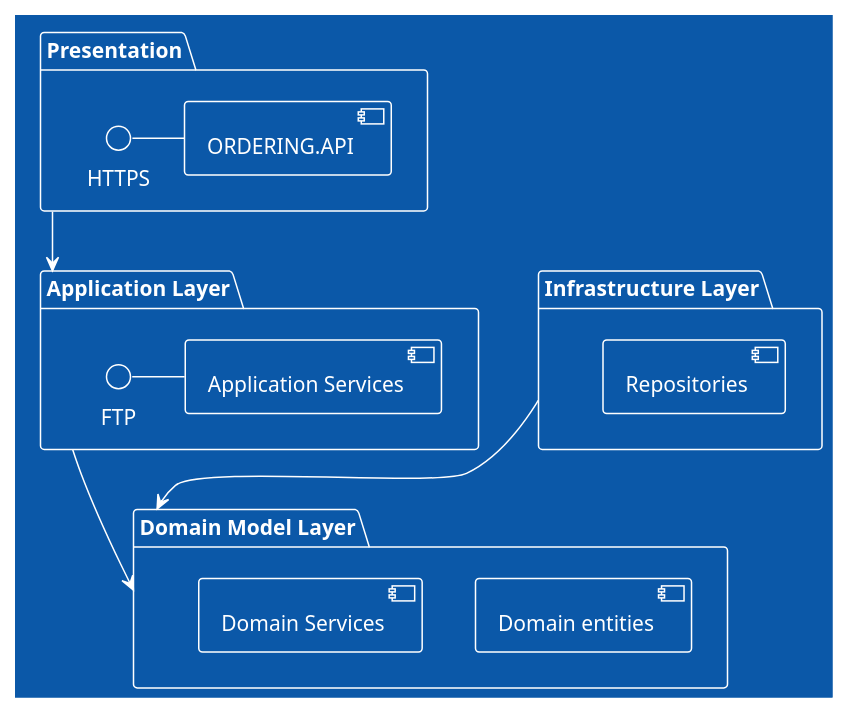
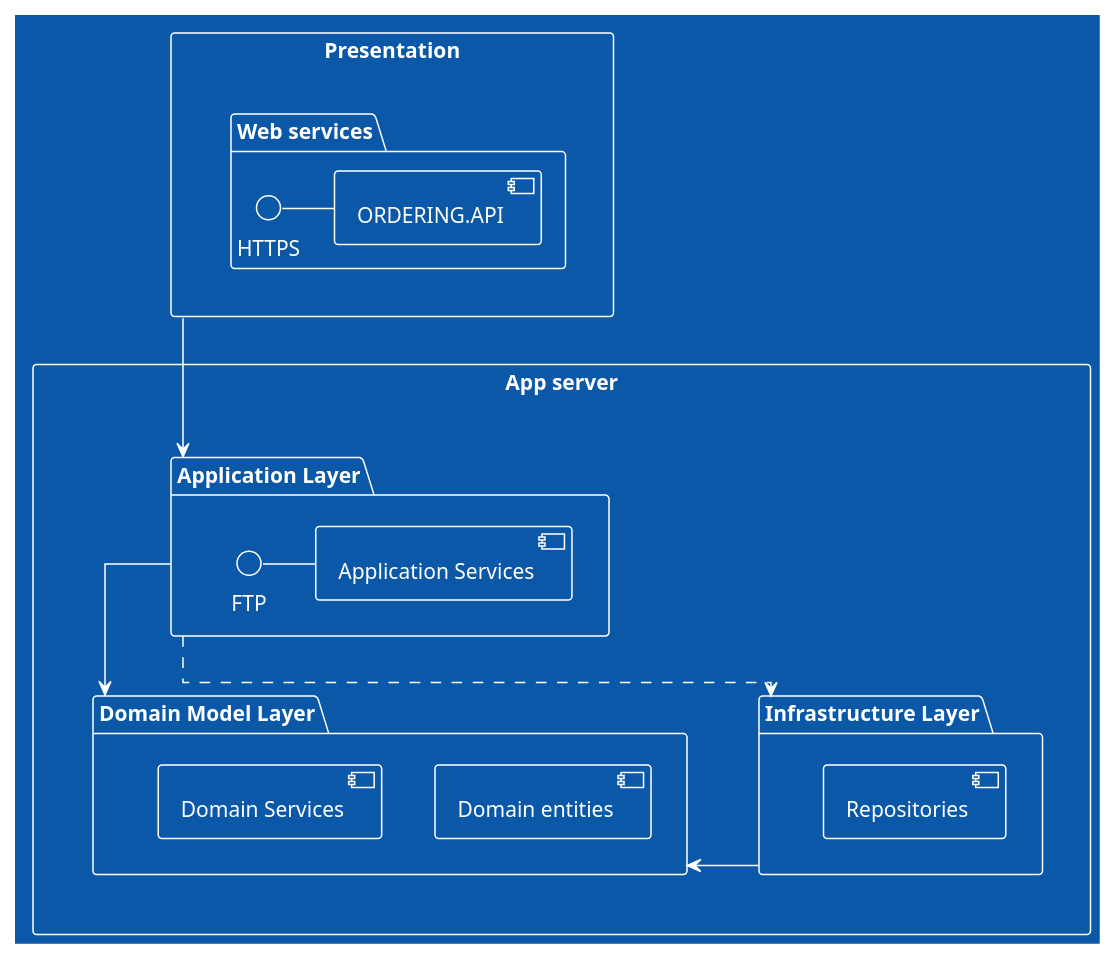
One commit to Backdraft2100/CloudNativeApp changed the diagram in scr/Services/Ordering/OrderingDocumentation.md. Above: the diagram before and after it, drawn with PlantUML.

````diff
--- a/scr/Services/Ordering/OrderingDocumentation.md
+++ b/scr/Services/Ordering/OrderingDocumentation.md
@@ -44,26 +44,35 @@
 ```plantuml
 @startuml
 !theme amiga
-package "Presentation" {
+skinparam linetype ortho
+Top to bottom direction
+rectangle "Presentation" {
+package "Web services" {
   HTTPS - [ORDERING.API]
+}
+}
+rectangle "App server" {
+together {
+package "Domain Model Layer" {
+  [Domain entities]
+  [Domain Services]
 }
 
 package "Application Layer" {
   FTP - [Application Services]
 }
 
-package "Domain Model Layer" {
-  [Domain entities]
-  [Domain Services]
+
 }
-
 package "Infrastructure Layer" {
   [Repositories]
 }
+}
 
 [Presentation] --> [Application Layer]
+[Application Layer] -[dashed]-> [Infrastructure Layer]
 [Application Layer] --> [Domain Model Layer]
 [Infrastructure Layer] --> [Domain Model Layer]
 
 @enduml
 ```
````
